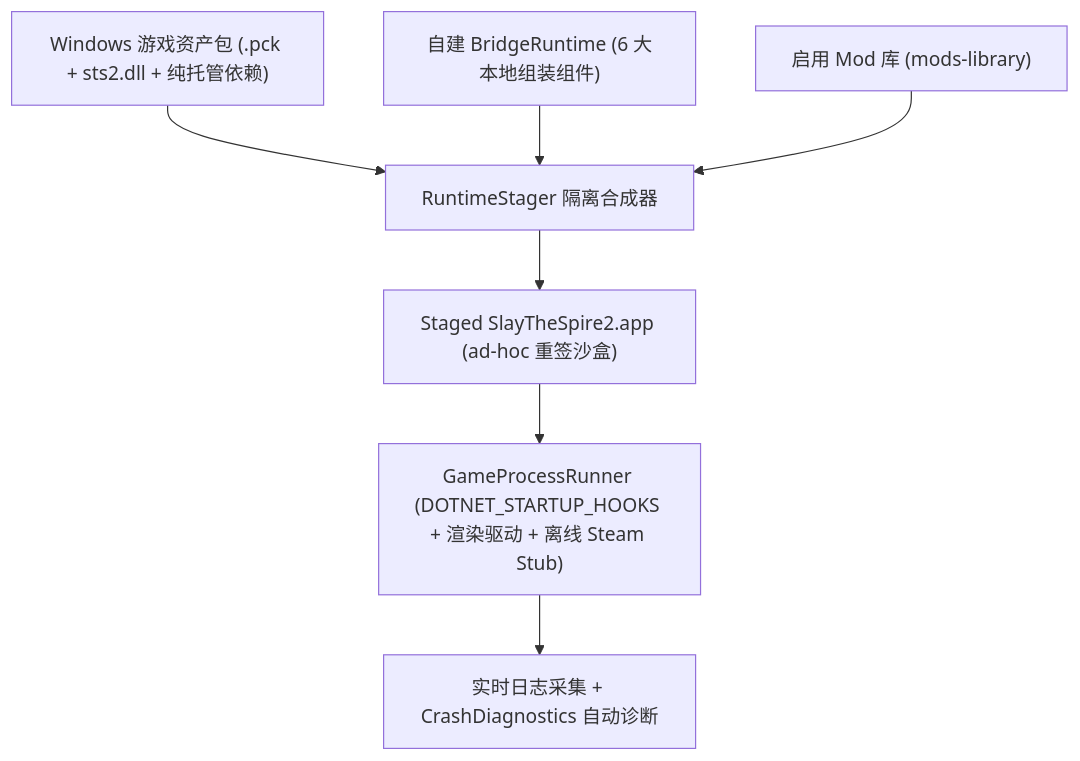
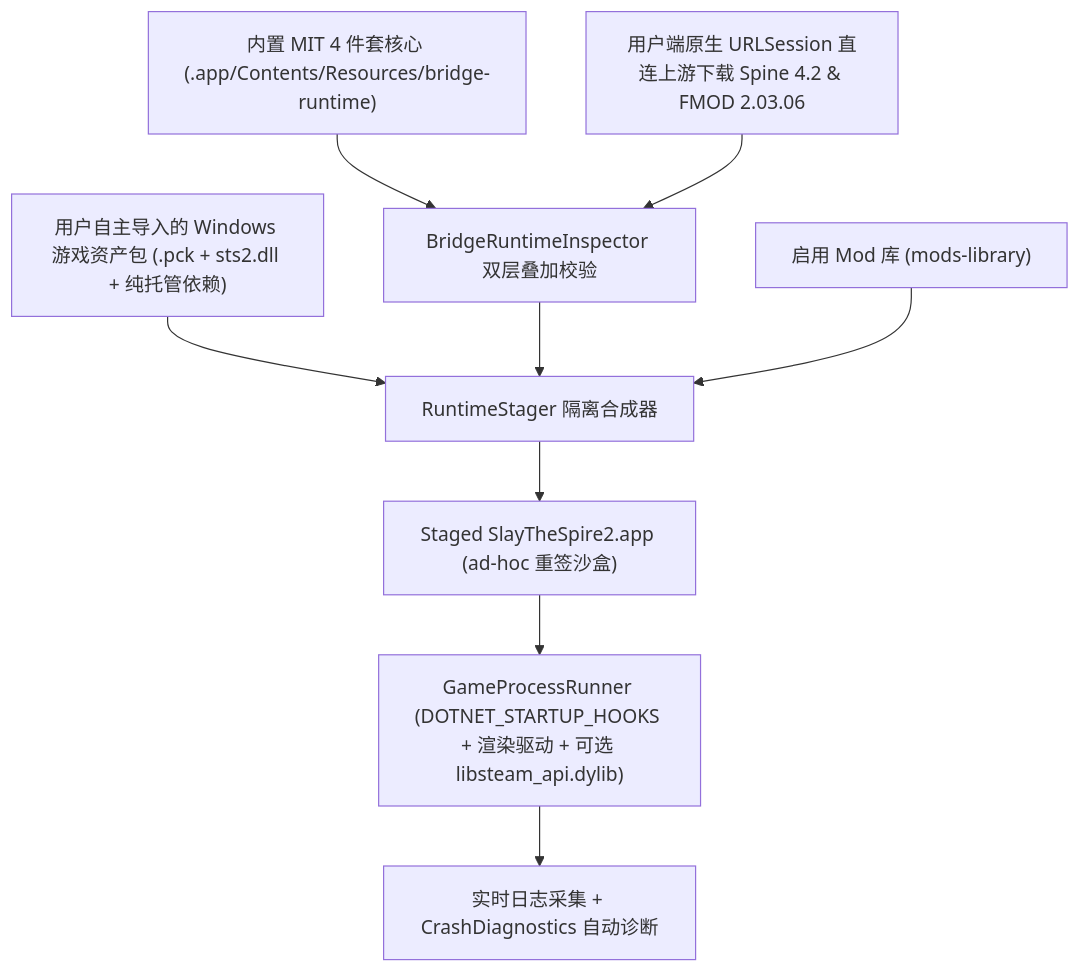
The diagram in docs/architecture.md (lengsukq/sts2-macos-launcher), drawn with Mermaid before and after one commit. The commit also changed other lines of this file and 16 other files, not shown here.

Commit message:
feat: pure-MIT core release + native in-app Spine/FMOD downloader & user-supplied package disclaimers

````diff
--- a/docs/architecture.md
+++ b/docs/architecture.md
@@ -11,9 +11,11 @@
 ```mermaid
 flowchart TD
-    W["Windows 游戏资产包 (.pck + sts2.dll + 纯托管依赖)"] --> S["RuntimeStager 隔离合成器"]
-    B["自建 BridgeRuntime (6 大本地组装组件)"] --> S
-    M["启用 Mod 库 (mods-library)"] --> S
+    MCore["内置 MIT 4 件套核心 (.app/Contents/Resources/bridge-runtime)"] --> Merge["BridgeRuntimeInspector 双层叠加校验"]
+    UExt["用户端原生 URLSession 直连上游下载 Spine 4.2 & FMOD 2.03.06"] --> Merge
+    W["用户自主导入的 Windows 游戏资产包 (.pck + sts2.dll + 纯托管依赖)"] --> S["RuntimeStager 隔离合成器"]
+    Merge --> S
+    Mod["启用 Mod 库 (mods-library)"] --> S
     S --> A["Staged SlayTheSpire2.app (ad-hoc 重签沙盒)"]
-    A --> R["GameProcessRunner (DOTNET_STARTUP_HOOKS + 渲染驱动 + 离线 Steam Stub)"]
+    A --> R["GameProcessRunner (DOTNET_STARTUP_HOOKS + 渲染驱动 + 可选 libsteam_api.dylib)"]
     R --> D["实时日志采集 + CrashDiagnostics 自动诊断"]
 ```
````
